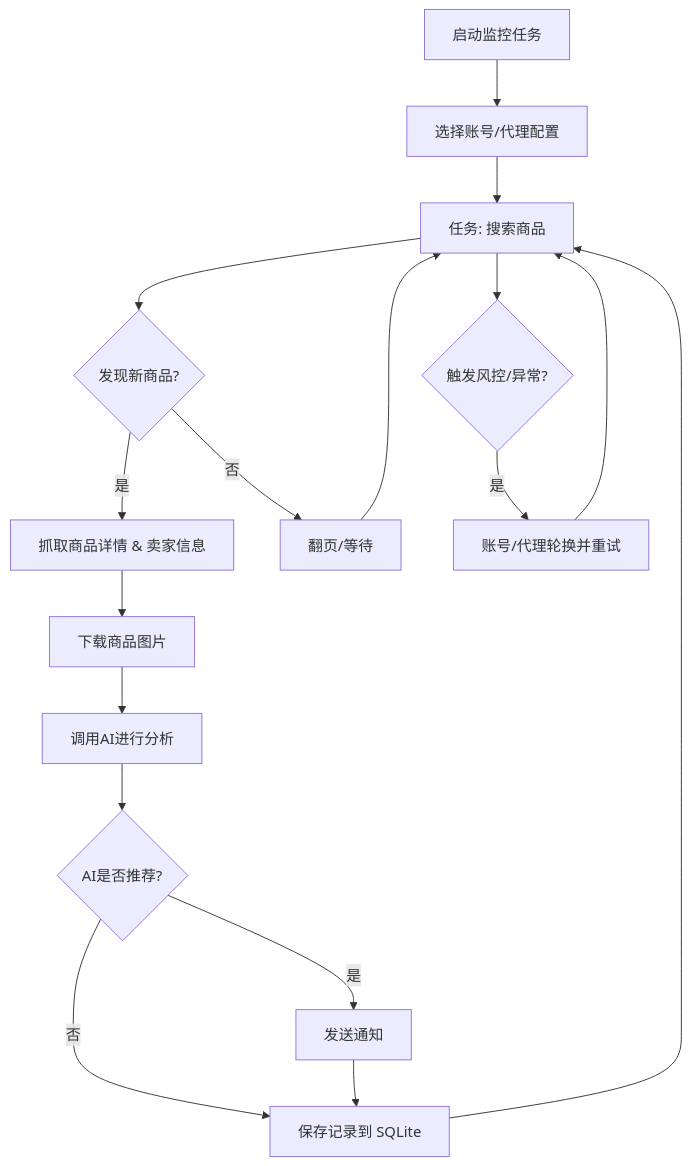
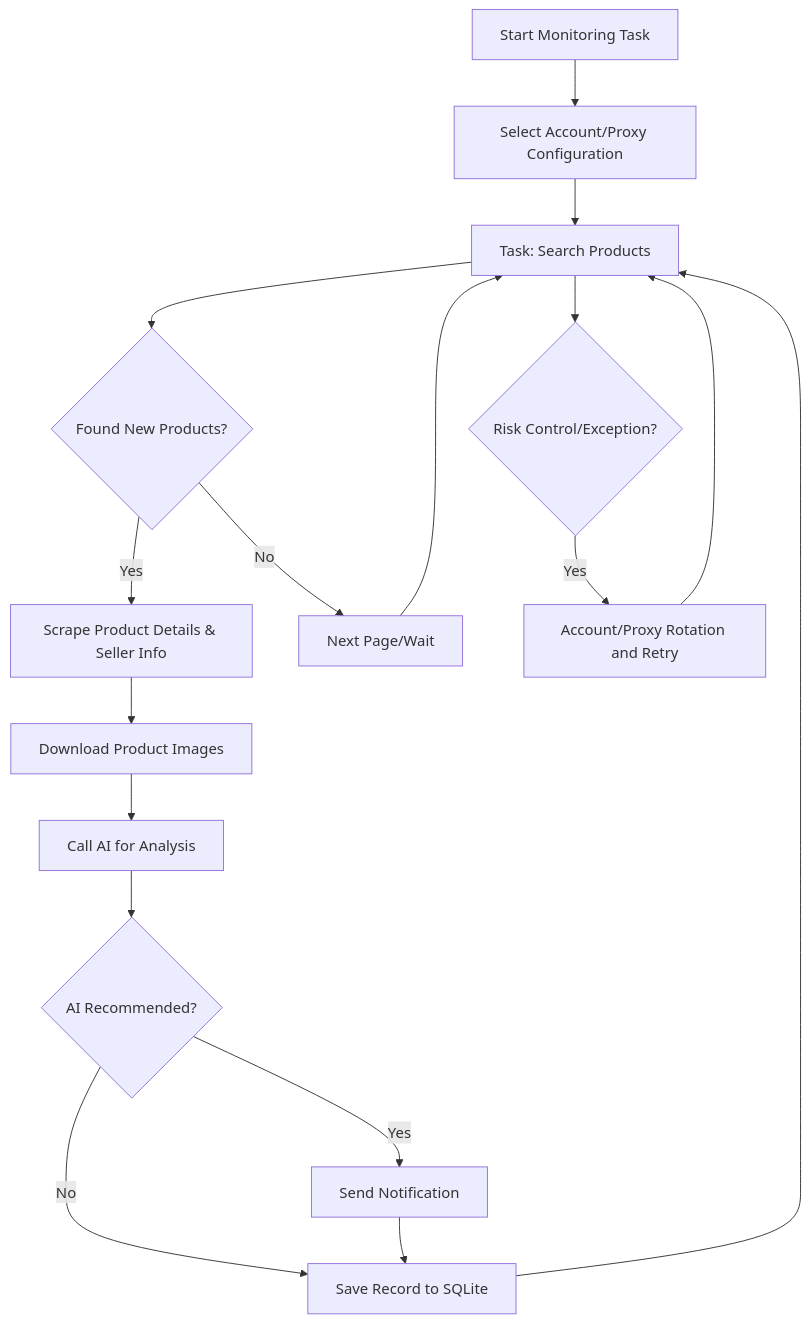
One commit to honestTai/honestTai-Tool-Xianyu changed the diagram in README.md. Above: the diagram before and after it, drawn with Mermaid. The commit also changed other lines of this file and 2 other files, not shown here.

````diff
--- a/README.md
+++ b/README.md
@@ -258,19 +251,19 @@
 ```mermaid
 graph TD
-    A[启动监控任务] --> B[选择账号/代理配置];
-    B --> C[任务: 搜索商品];
-    C --> D{发现新商品?};
-    D -- 是 --> E[抓取商品详情 & 卖家信息];
-    E --> F[下载商品图片];
-    F --> G[调用AI进行分析];
-    G --> H{AI是否推荐?};
-    H -- 是 --> I[发送通知];
-    H -- 否 --> J[保存记录到 SQLite];
+    A[Start Monitoring Task] --> B[Select Account/Proxy Configuration];
+    B --> C[Task: Search Products];
+    C --> D{Found New Products?};
+    D -- Yes --> E[Scrape Product Details & Seller Info];
+    E --> F[Download Product Images];
+    F --> G[Call AI for Analysis];
+    G --> H{AI Recommended?};
+    H -- Yes --> I[Send Notification];
+    H -- No --> J[Save Record to SQLite];
     I --> J;
-    D -- 否 --> K[翻页/等待];
+    D -- No --> K[Next Page/Wait];
     K --> C;
     J --> C;
-    C --> L{触发风控/异常?};
-    L -- 是 --> M[账号/代理轮换并重试];
+    C --> L{Risk Control/Exception?};
+    L -- Yes --> M[Account/Proxy Rotation and Retry];
     M --> C;
 ```
````
